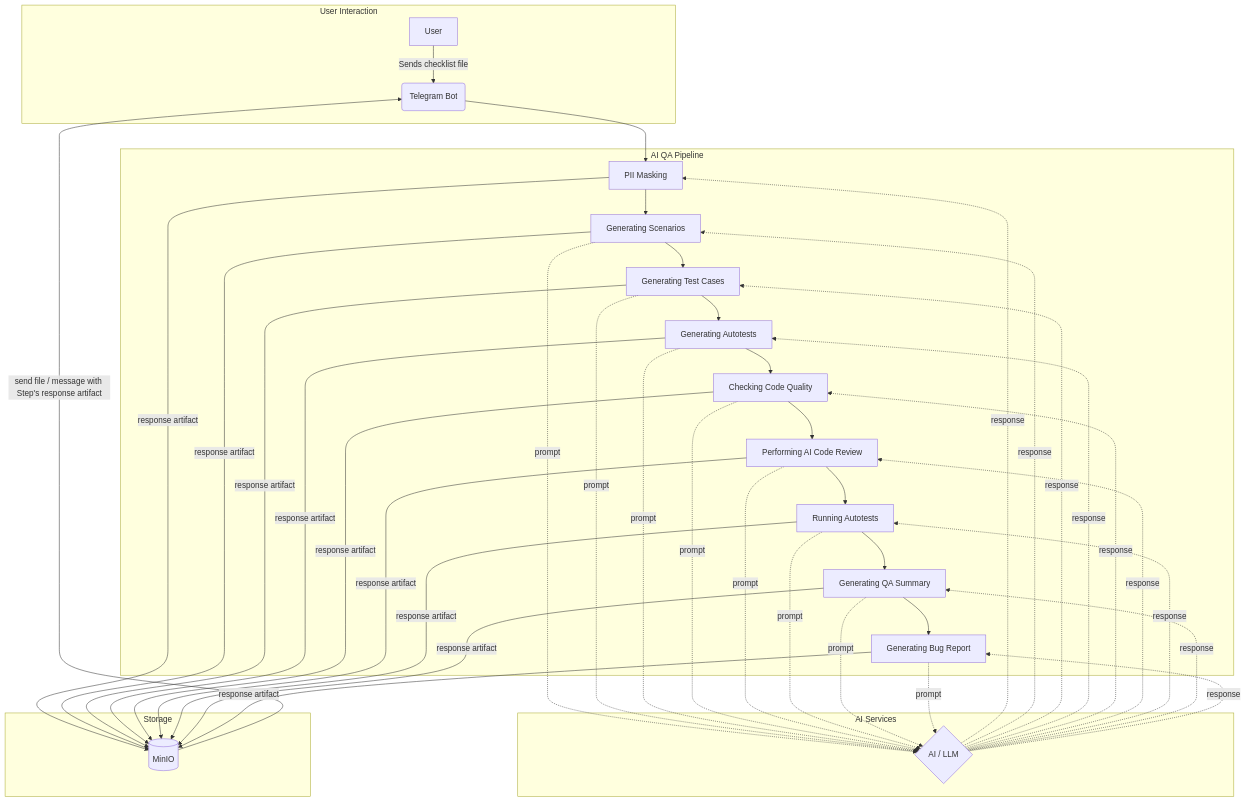
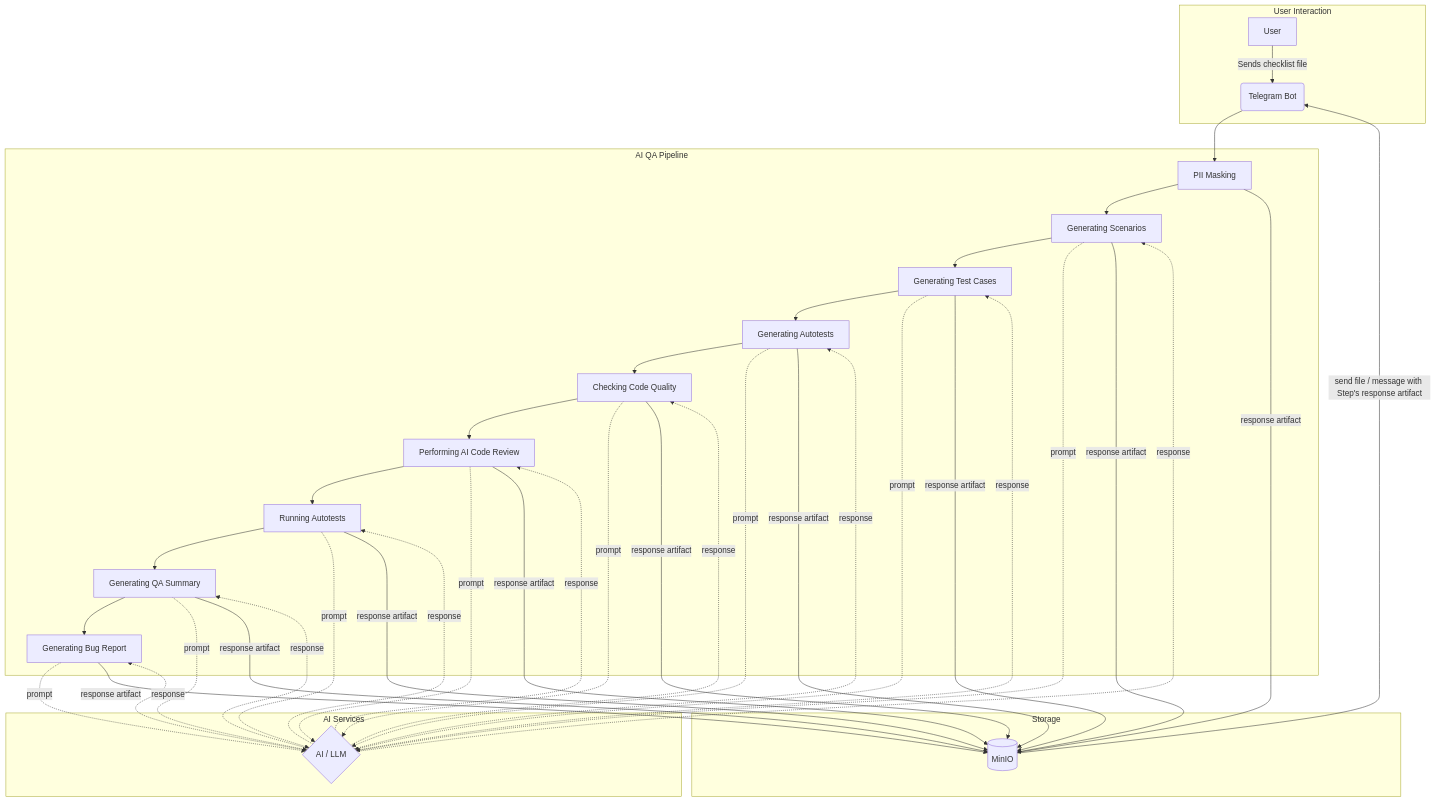
One commit to Gellershtein/chatops_ai_qa_pipeline changed the diagram in README.md. Above: the diagram before and after it, drawn with Mermaid.

````diff
--- a/README.md
+++ b/README.md
@@ -9,65 +9,64 @@
 ```mermaid
 graph TD
     subgraph User Interaction
         A[User] -->|Sends checklist file| B(Telegram Bot)
     end
 
     subgraph AI QA Pipeline
         D[PII Masking]
         E[Generating Scenarios]
         F[Generating Test Cases]
         G[Generating Autotests]
         H[Checking Code Quality]
         I[Performing AI Code Review]
         J[Running Autotests]
         K[Generating QA Summary]
         L[Generating Bug Report]
     end
 
     subgraph AI Services
         C{AI / LLM}
     end
 
     subgraph Storage
         M[(MinIO)]
     end
 
     %% Pipeline control flow
     B --> D
     D --> E --> F --> G --> H --> I --> J --> K --> L
 
     %% Each step uses LLM
     E -.->|prompt| C
     F -.->|prompt| C
     G -.->|prompt| C
     H -.->|prompt| C
     I -.->|prompt| C
     J -.->|prompt| C
     K -.->|prompt| C
     L -.->|prompt| C
 
-    C -.->|response| D
     C -.->|response| E
     C -.->|response| F
     C -.->|response| G
     C -.->|response| H
     C -.->|response| I
     C -.->|response| J
     C -.->|response| K
     C -.->|response| L
 
     %% Artifact persistence per step
     D -->|response artifact| M
     E -->|response artifact| M
     F -->|response artifact| M
     G -->|response artifact| M
     H -->|response artifact| M
     I -->|response artifact| M
     J -->|response artifact| M
     K -->|response artifact| M
     L -->|response artifact| M
 
     %% Bot delivers artifacts to user
     M -->|send file / message with Step's response artifact| B
 
 ```
````
